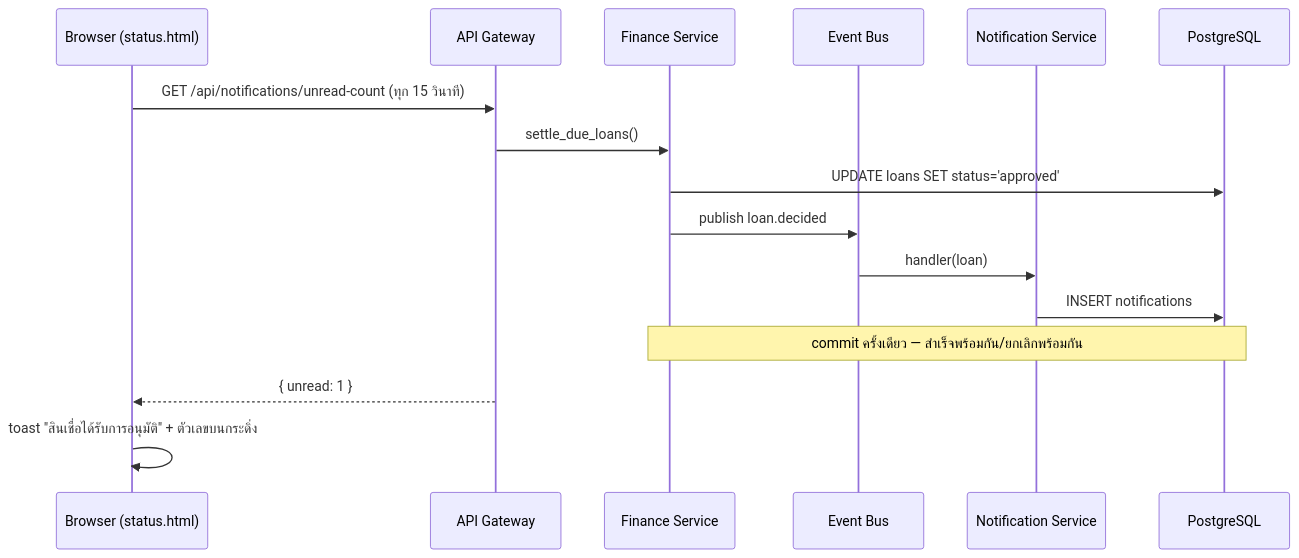
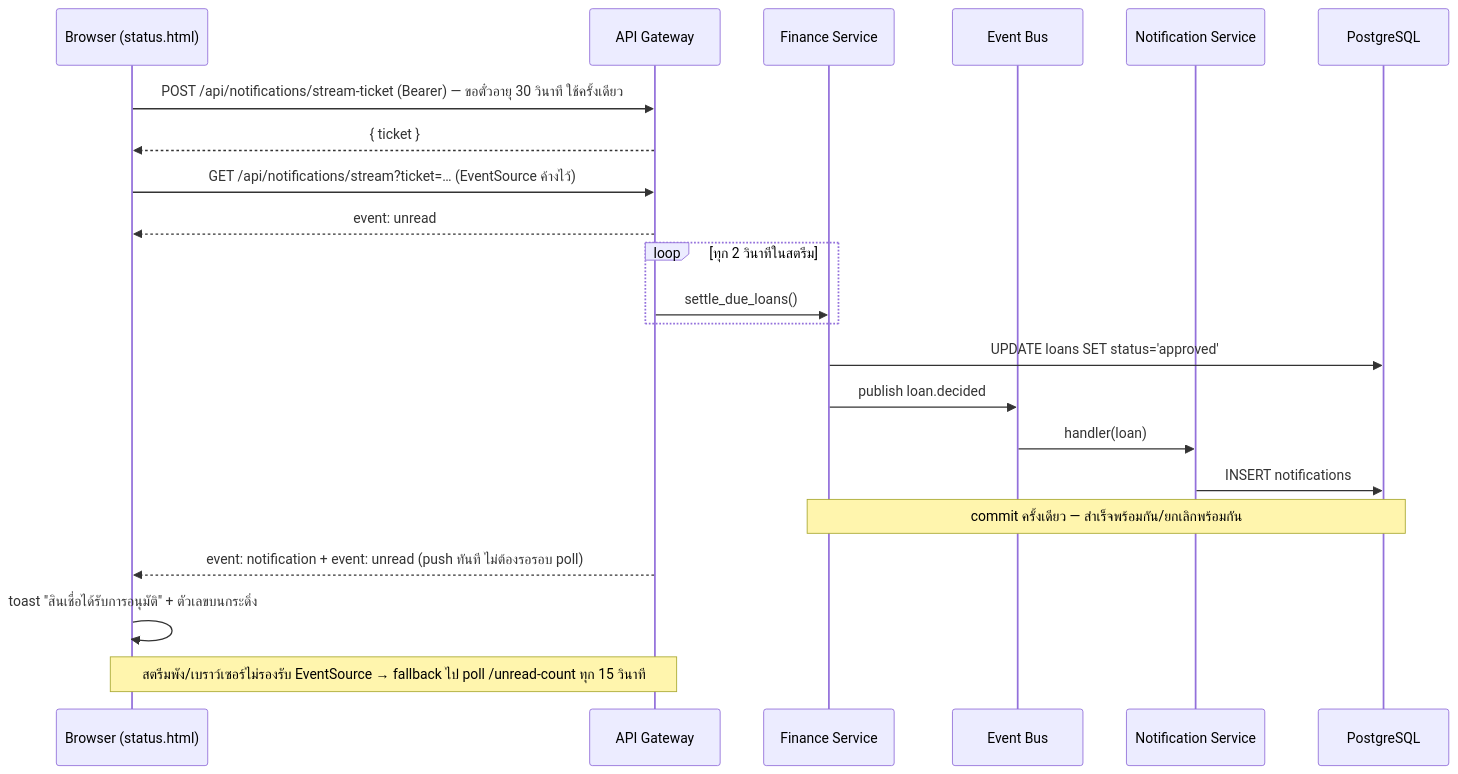
One commit to Etihw175/astra-motors changed the first of 2 diagrams in docs/ARCHITECTURE.md. Above: the diagram before and after it, drawn with Mermaid. The commit also changed other lines of this file and 18 other files, not shown here.

````diff
--- a/docs/ARCHITECTURE.md
+++ b/docs/ARCHITECTURE.md
@@ -39,19 +39,25 @@
 ```mermaid
 sequenceDiagram
     participant B as Browser (status.html)
     participant G as API Gateway
     participant F as Finance Service
     participant E as Event Bus
     participant N as Notification Service
     participant DB as PostgreSQL
 
-    B->>G: GET /api/notifications/unread-count (ทุก 15 วินาที)
-    G->>F: settle_due_loans()
+    B->>G: POST /api/notifications/stream-ticket (Bearer) — ขอตั๋วอายุ 30 วินาที ใช้ครั้งเดียว
+    G-->>B: { ticket }
+    B->>G: GET /api/notifications/stream?ticket=… (EventSource ค้างไว้)
+    G-->>B: event: unread
+    loop ทุก 2 วินาทีในสตรีม
+        G->>F: settle_due_loans()
+    end
     F->>DB: UPDATE loans SET status='approved'
     F->>E: publish loan.decided
     E->>N: handler(loan)
     N->>DB: INSERT notifications
     Note over F,DB: commit ครั้งเดียว — สำเร็จพร้อมกัน/ยกเลิกพร้อมกัน
-    G-->>B: { unread: 1 }
+    G-->>B: event: notification + event: unread (push ทันที ไม่ต้องรอรอบ poll)
     B->>B: toast "สินเชื่อได้รับการอนุมัติ" + ตัวเลขบนกระดิ่ง
+    Note over B,G: สตรีมพัง/เบราว์เซอร์ไม่รองรับ EventSource → fallback ไป poll /unread-count ทุก 15 วินาที
 ```
````
